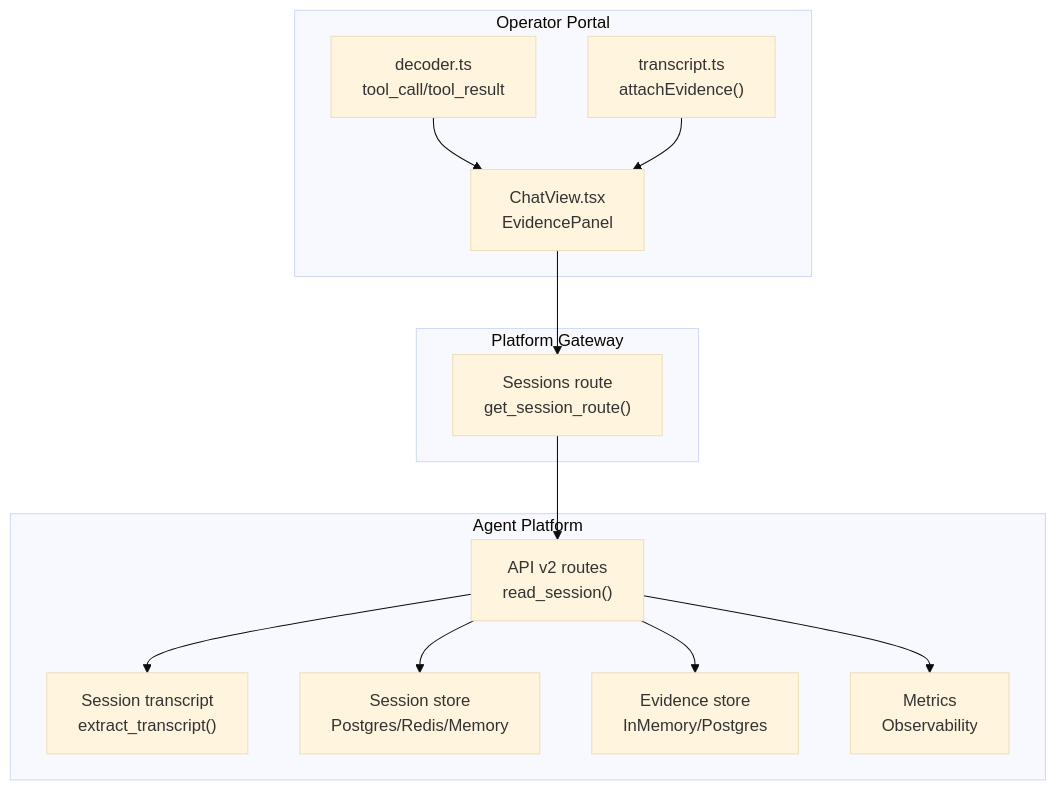
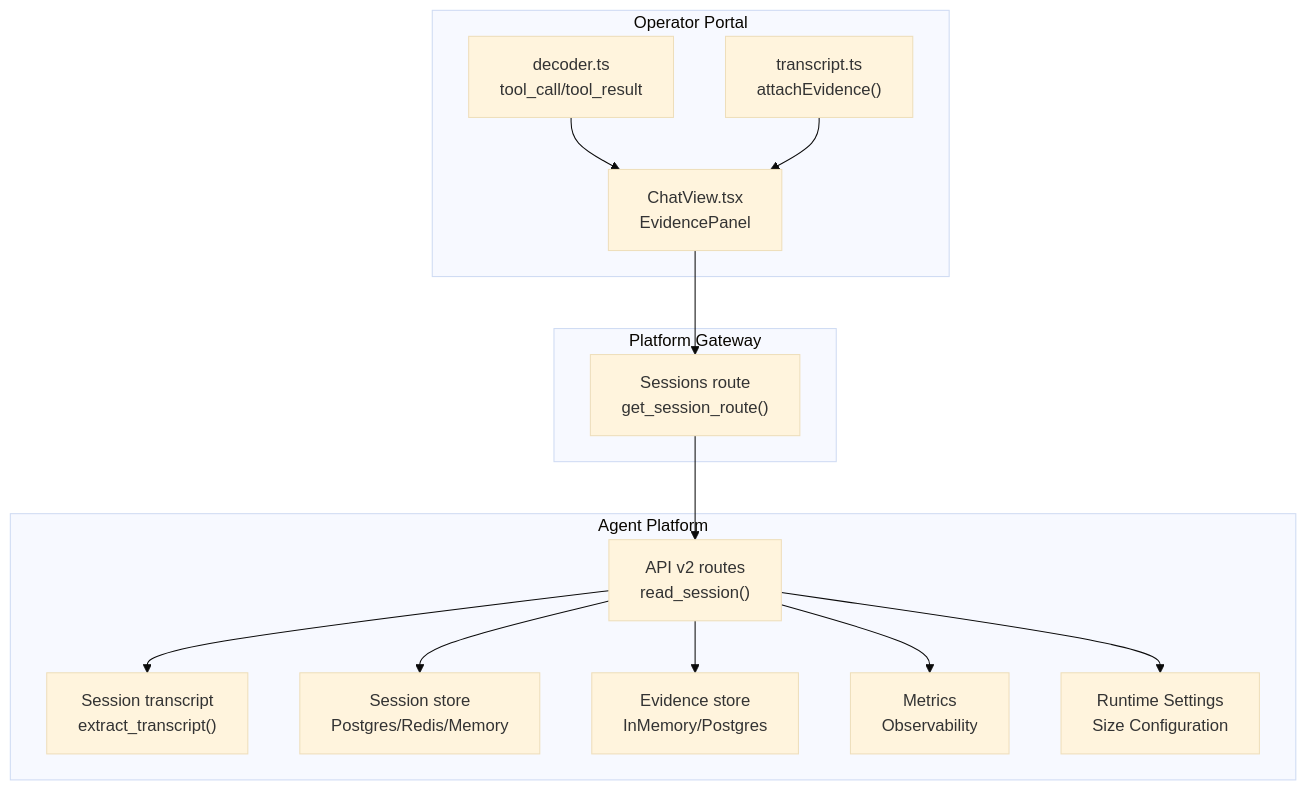
The first of 10 diagrams in .qoder/repowiki/en/content/Architecture Documentation/SPEC-025_ Evidence Persistence in Transcripts.md (metasync/luban-aiops), drawn with Mermaid (base theme) before and after one commit. The commit also changed other lines of this file and 7 other files, not shown here.

````diff
--- a/.qoder/repowiki/en/content/Architecture Documentation/SPEC-025_ Evidence Persistence in Transcripts.md
+++ b/.qoder/repowiki/en/content/Architecture Documentation/SPEC-025_ Evidence Persistence in Transcripts.md
@@ -52,26 +52,28 @@
 ```mermaid
 graph TB
 subgraph "Agent Platform"
 A["API v2 routes<br/>read_session()"]
 B["Session transcript<br/>extract_transcript()"]
 C["Session store<br/>Postgres/Redis/Memory"]
 D["Evidence store<br/>InMemory/Postgres"]
 E["Metrics<br/>Observability"]
+F["Runtime Settings<br/>Size Configuration"]
 end
 subgraph "Platform Gateway"
 G["Sessions route<br/>get_session_route()"]
 end
 subgraph "Operator Portal"
 P["ChatView.tsx<br/>EvidencePanel"]
 S["decoder.ts<br/>tool_call/tool_result"]
 T["transcript.ts<br/>attachEvidence()"]
 end
 A --> B
 A --> C
 A --> D
 A --> E
+A --> F
 G --> A
 P --> G
 S --> P
 T --> P
 ```
````
